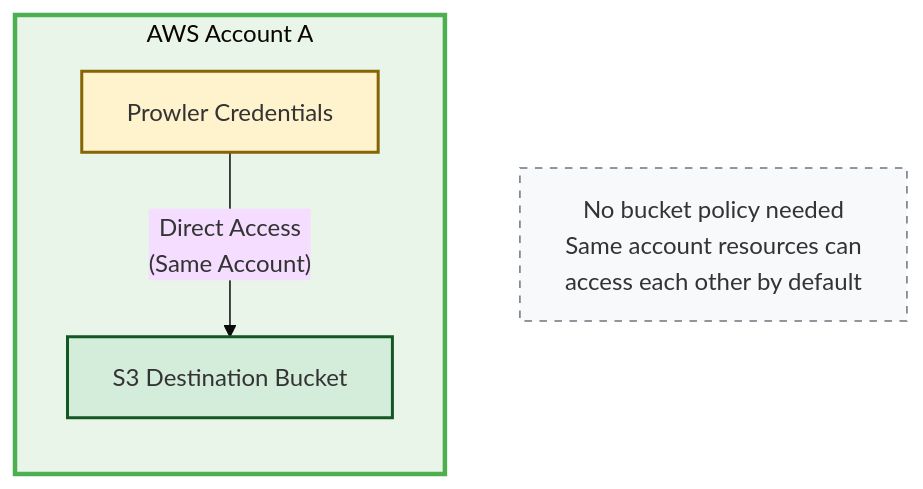
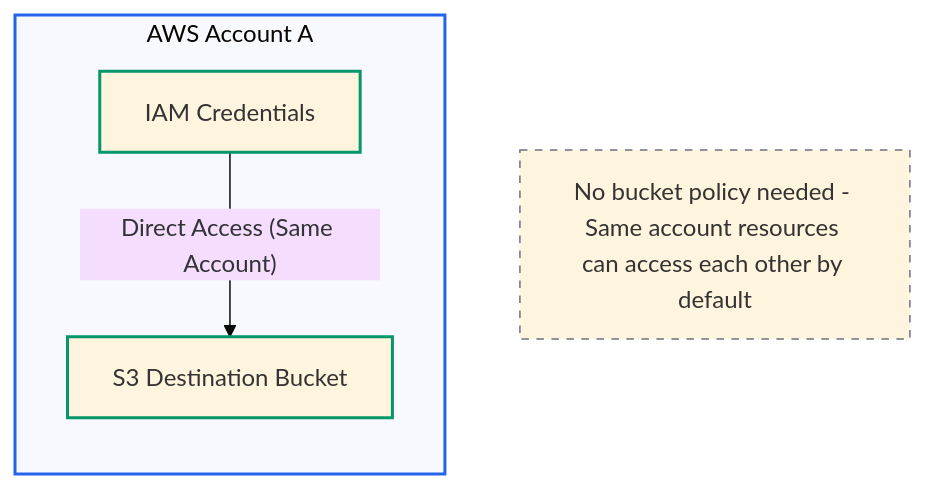
Before and after one commit to prowler-cloud/prowler: the first of 3 diagrams in docs/tutorials/prowler-app-s3-integration.md, drawn with Mermaid (base theme). The commit also changed other lines of this file, not shown here.

````diff
--- a/docs/tutorials/prowler-app-s3-integration.md
+++ b/docs/tutorials/prowler-app-s3-integration.md
@@ -129,17 +121,17 @@
 ```mermaid
 graph TB
     subgraph Account["AWS Account A"]
         direction TB
-        Role["Prowler Credentials<br/>"]
+        Role["IAM Credentials"]
         Bucket["S3 Destination Bucket"]
 
-        Role -->|" Direct Access<br/>(Same Account)"| Bucket
+        Role -->|"Direct Access (Same Account)"| Bucket
     end
 
-    Note["No bucket policy needed<br/>Same account resources can<br/>access each other by default"]
+    Note["No bucket policy needed - Same account resources can access each other by default"]
 
-    style Account fill:#e8f5e8,stroke:#4caf50,stroke-width:3px
-    style Role fill:#fff3cd,stroke:#856404,stroke-width:2px
-    style Bucket fill:#d4edda,stroke:#155724,stroke-width:2px
-    style Note fill:#f8f9fa,stroke:#6c757d,stroke-width:1px,stroke-dasharray: 5 5
+    style Account stroke:#2563eb,stroke-width:2px
+    style Role stroke:#059669,stroke-width:2px
+    style Bucket stroke:#059669,stroke-width:2px
+    style Note stroke:#6b7280,stroke-width:1px,stroke-dasharray: 5 5
 ```
````
